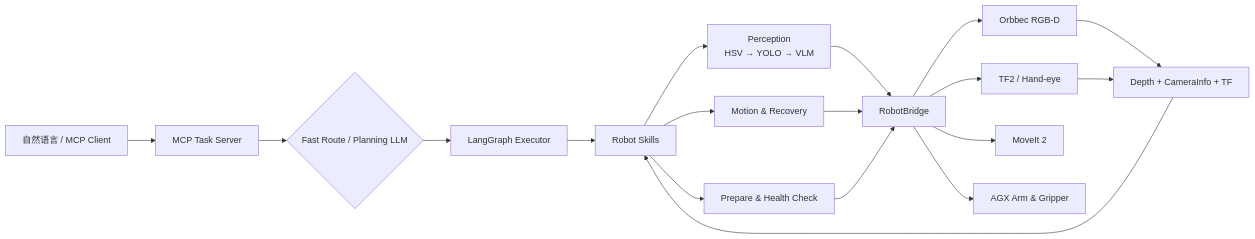
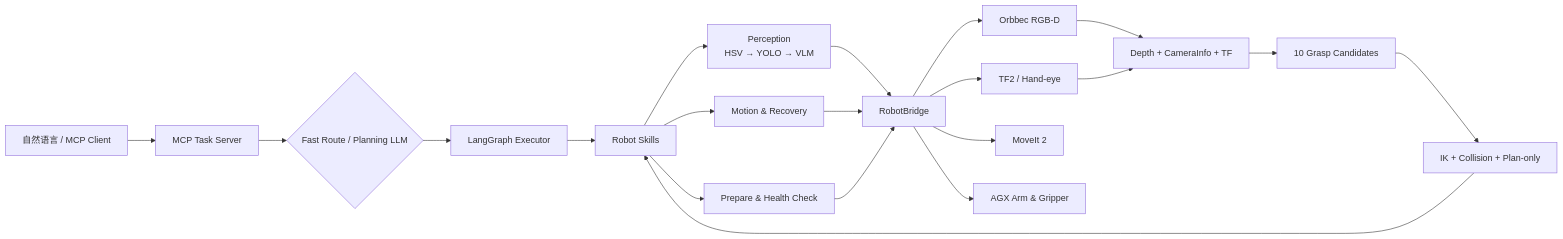
Before and after one commit to Kyle9901/NeroArm_ros2: the diagram in README.md, drawn with Mermaid. The commit also changed other lines of this file and 57 other files, not shown here.

````diff
--- a/README.md
+++ b/README.md
@@ -69,24 +65,26 @@
 ```mermaid
 flowchart LR
     User["自然语言 / MCP Client"] --> Server["MCP Task Server"]
     Server --> Planner{"Fast Route / Planning LLM"}
     Planner --> Graph["LangGraph Executor"]
     Graph --> Skills["Robot Skills"]
 
     Skills --> Perception["Perception<br/>HSV → YOLO → VLM"]
     Skills --> Motion["Motion & Recovery"]
     Skills --> Infra["Prepare & Health Check"]
 
     Perception --> Bridge["RobotBridge"]
     Motion --> Bridge
     Infra --> Bridge
 
     Bridge --> Camera["Orbbec RGB-D"]
     Bridge --> TF["TF2 / Hand-eye"]
     Bridge --> MoveIt["MoveIt 2"]
     Bridge --> Hardware["AGX Arm & Gripper"]
 
     Camera --> Geometry["Depth + CameraInfo + TF"]
     TF --> Geometry
-    Geometry --> Skills
+    Geometry --> Candidate["10 Grasp Candidates"]
+    Candidate --> Check["IK + Collision + Plan-only"]
+    Check --> Skills
 ```
````
